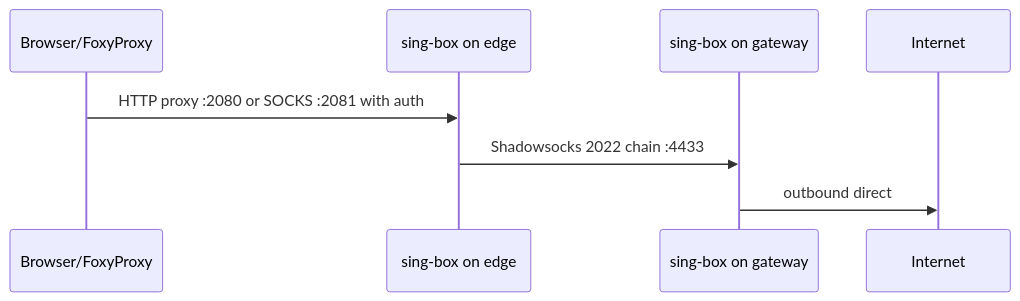
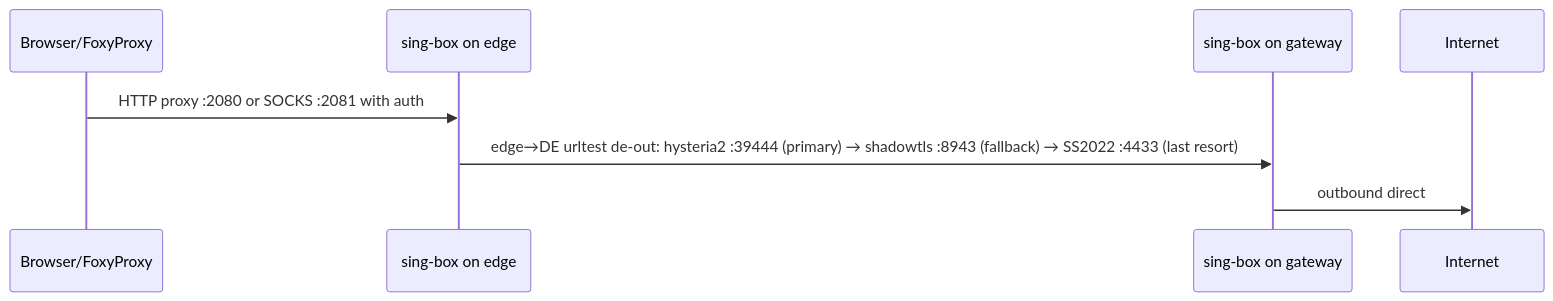
One commit to panalex/home-vpn changed the second of 5 diagrams in docs/architecture.md. Above: the diagram before and after it, drawn with Mermaid. The commit also changed other lines of this file and 6 other files, not shown here.

First line of the commit message:
edge→DE: harden uplink with hy2+shadowtls (urltest de-out)

````diff
--- a/docs/architecture.md
+++ b/docs/architecture.md
@@ -46,11 +46,11 @@
 ```mermaid
 sequenceDiagram
     participant B as Browser/FoxyProxy
     participant E as sing-box on edge
     participant G as sing-box on gateway
     participant I as Internet
 
     B->>E: HTTP proxy :2080 or SOCKS :2081 with auth
-    E->>G: Shadowsocks 2022 chain :4433
+    E->>G: edge→DE urltest de-out: hysteria2 :39444 (primary) → shadowtls :8943 (fallback) → SS2022 :4433 (last resort)
     G->>I: outbound direct
 ```
````
